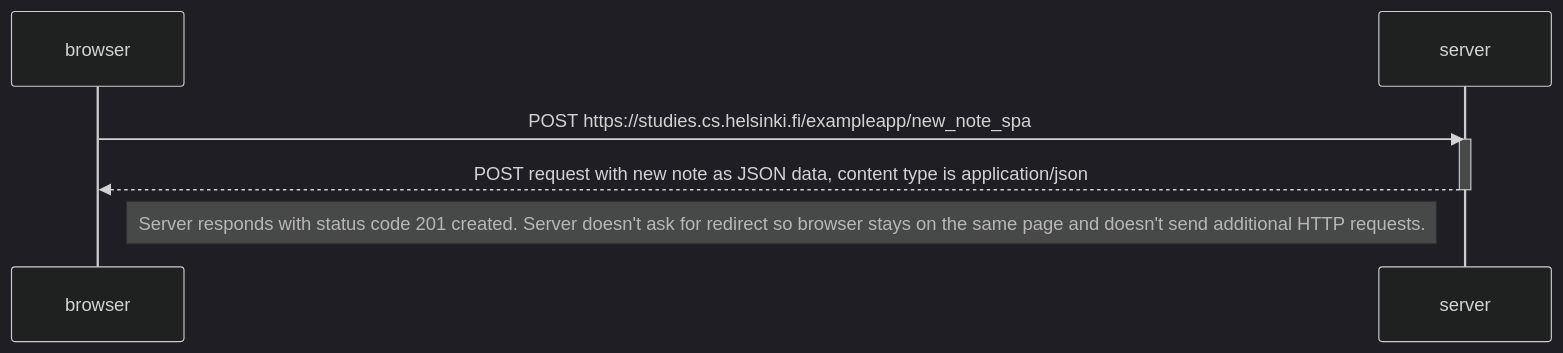
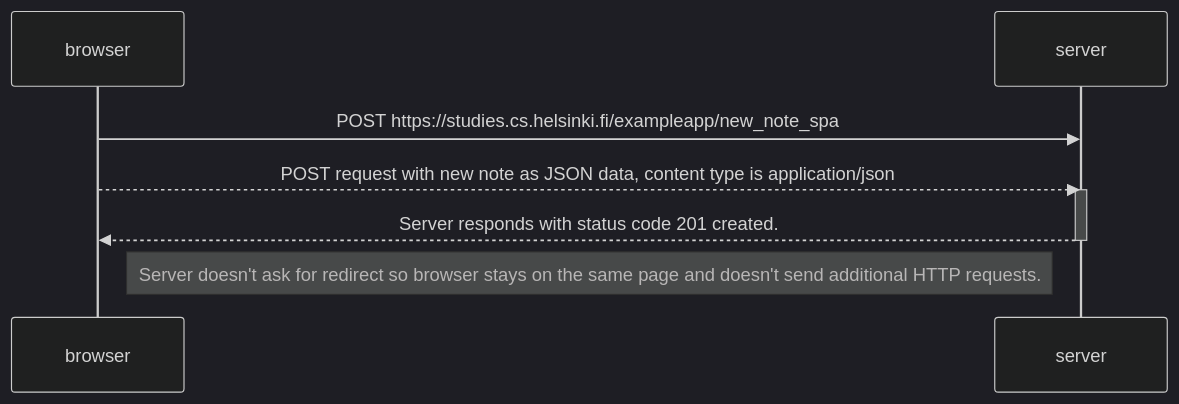
One commit to dnksebastian/fullstack-open changed the diagram in part0/06-newnote.md. Above: the diagram before and after it, drawn with Mermaid (dark theme). The commit also changed 1 other file, not shown here.

````diff
--- a/part0/06-newnote.md
+++ b/part0/06-newnote.md
@@ -1,12 +1,13 @@
 ```mermaid
 sequenceDiagram
     participant browser
     participant server
 
     browser->>server: POST https://studies.cs.helsinki.fi/exampleapp/new_note_spa
+    browser-->>server: POST request with new note as JSON data, content type is application/json
     activate server
-    server-->>browser: POST request with new note as JSON data, content type is application/json
+    server-->>browser: Server responds with status code 201 created.
     deactivate server
 
-    Note left of server: Server responds with status code 201 created. Server doesn't ask for redirect so browser stays on the same page and doesn't send additional HTTP requests.
+    Note left of server: Server doesn't ask for redirect so browser stays on the same page and doesn't send additional HTTP requests.
 ```
````
